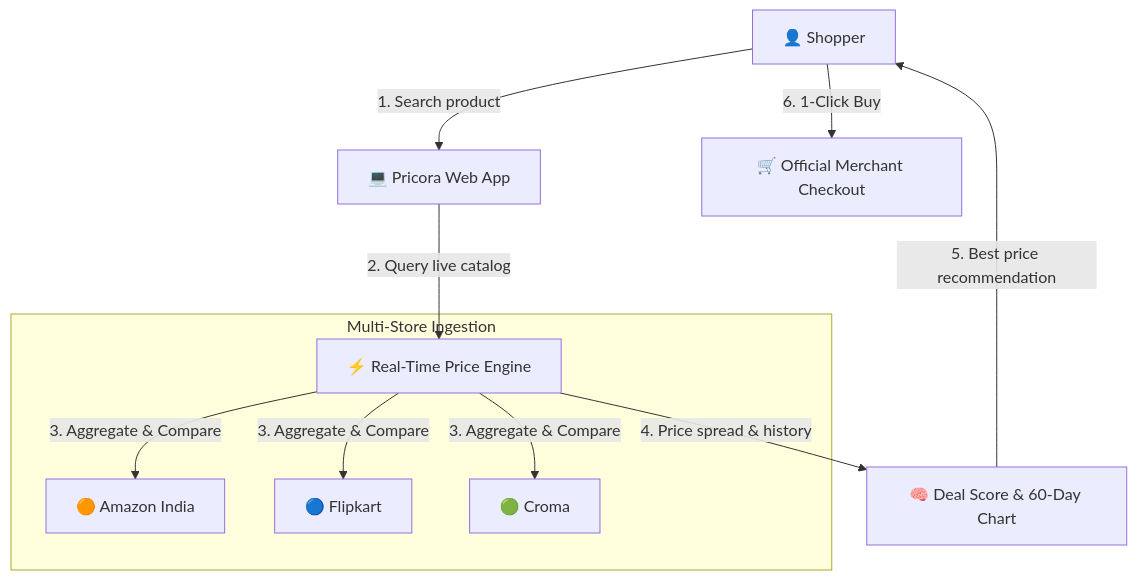
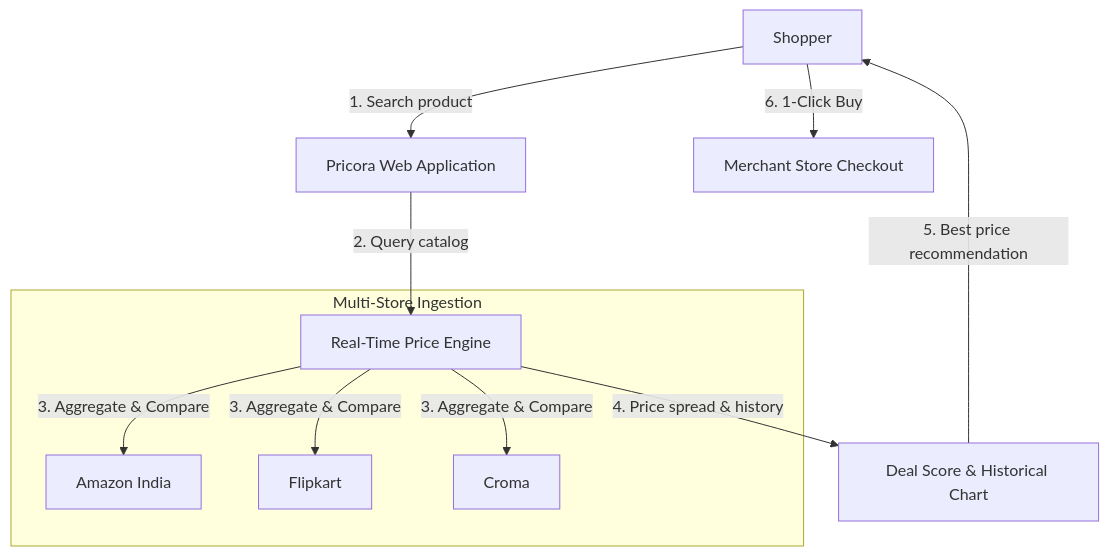
Before and after one commit to P01Sensai/Pricora: the diagram in README.md, drawn with Mermaid. The commit also changed other lines of this file, not shown here.

````diff
--- a/README.md
+++ b/README.md
@@ -63,15 +60,15 @@
 ```mermaid
 graph TD
-    User["👤 Shopper"] -->|"1. Search product"| UI["💻 Pricora Web App"]
-    UI -->|"2. Query live catalog"| Engine["⚡ Real-Time Price Engine"]
+    User["Shopper"] -->|"1. Search product"| UI["Pricora Web Application"]
+    UI -->|"2. Query catalog"| Engine["Real-Time Price Engine"]
     
     subgraph Data_Pipeline ["Multi-Store Ingestion"]
-        Engine -->|"3. Aggregate & Compare"| Amazon["🟠 Amazon India"]
-        Engine -->|"3. Aggregate & Compare"| Flipkart["🔵 Flipkart"]
-        Engine -->|"3. Aggregate & Compare"| Croma["🟢 Croma"]
+        Engine -->|"3. Aggregate & Compare"| Amazon["Amazon India"]
+        Engine -->|"3. Aggregate & Compare"| Flipkart["Flipkart"]
+        Engine -->|"3. Aggregate & Compare"| Croma["Croma"]
     end
     
-    Engine -->|"4. Price spread & history"| Verdict["🧠 Deal Score & 60-Day Chart"]
+    Engine -->|"4. Price spread & history"| Verdict["Deal Score & Historical Chart"]
     Verdict -->|"5. Best price recommendation"| User
-    User -->|"6. 1-Click Buy"| Merchant["🛒 Official Merchant Checkout"]
+    User -->|"6. 1-Click Buy"| Merchant["Merchant Store Checkout"]
 ```
````
